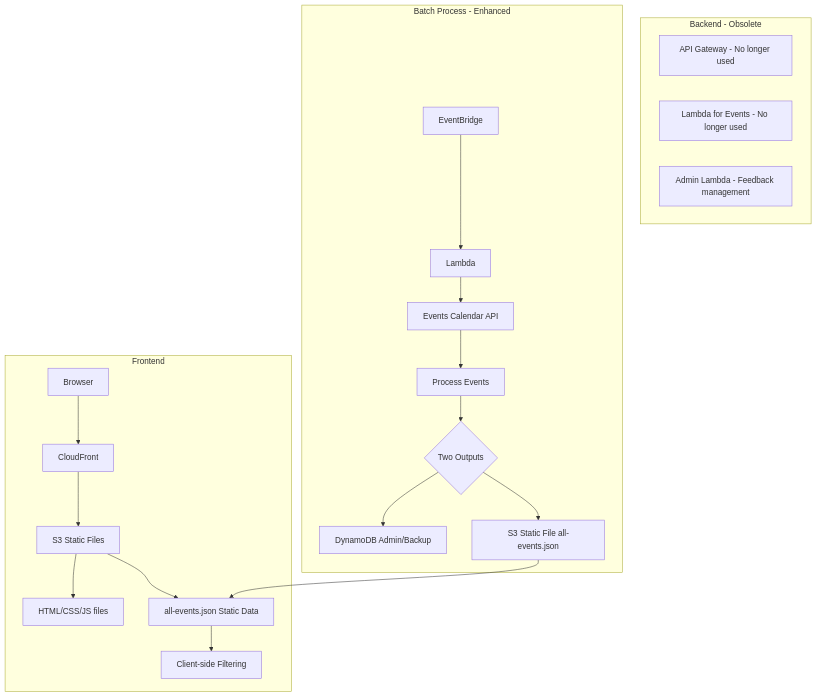
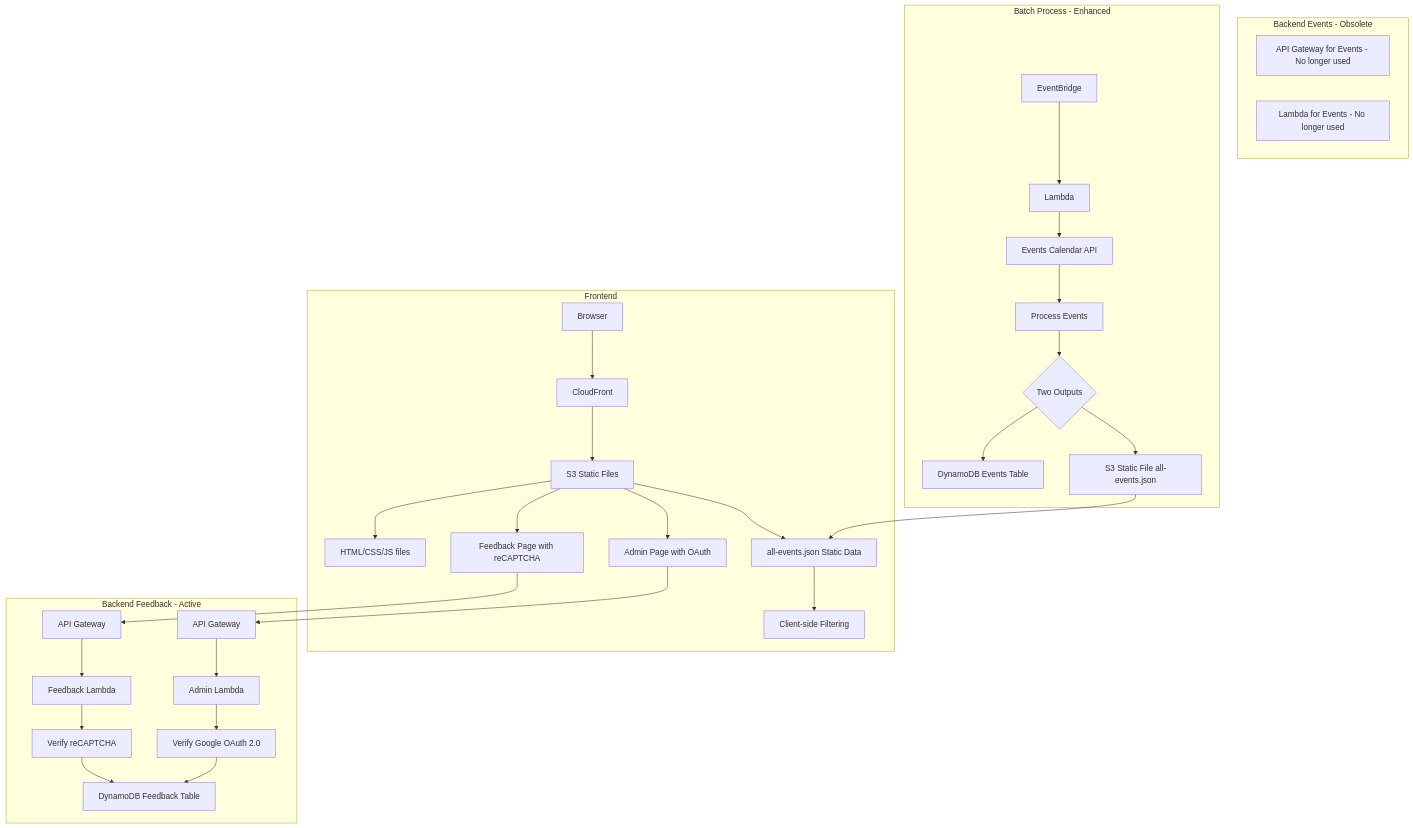
One commit to bbernstein/chq-calendar changed the fifth of 8 diagrams in docs/DEVELOPMENT_HISTORY.md. Above: the diagram before and after it, drawn with Mermaid. The commit also changed other lines of this file, not shown here.

First line of the commit message:
Add comprehensive feedback system documentation to development history

````diff
--- a/docs/DEVELOPMENT_HISTORY.md
+++ b/docs/DEVELOPMENT_HISTORY.md
@@ -135,26 +148,38 @@
 ```mermaid
 graph TB
     subgraph Frontend5[Frontend]
         Browser5[Browser] --> CF5[CloudFront]
         CF5 --> S3Static[S3 Static Files]
         S3Static --> HTMLFiles[HTML/CSS/JS files]
         S3Static --> EventsJSON[all-events.json Static Data]
+        S3Static --> FeedbackPage5[Feedback Page with reCAPTCHA]
+        S3Static --> AdminPage5[Admin Page with OAuth]
         EventsJSON --> ClientFilter5[Client-side Filtering]
     end
 
-    subgraph BackendObsolete[Backend - Obsolete]
-        ObsoleteAPI[API Gateway - No longer used]
+    subgraph BackendEvents[Backend Events - Obsolete]
+        ObsoleteAPI[API Gateway for Events - No longer used]
         ObsoleteLambda[Lambda for Events - No longer used]
-        AdminLambda[Admin Lambda - Feedback management]
+    end
+
+    subgraph BackendFeedback[Backend Feedback - Active]
+        FeedbackPage5 --> APIGW5Feedback[API Gateway]
+        AdminPage5 --> APIGW5Admin[API Gateway]
+        APIGW5Feedback --> Lambda9Feedback[Feedback Lambda]
+        APIGW5Admin --> Lambda9Admin[Admin Lambda]
+        Lambda9Feedback --> VerifyRecaptcha5[Verify reCAPTCHA]
+        Lambda9Admin --> VerifyOAuth5[Verify Google OAuth 2.0]
+        VerifyRecaptcha5 --> DDBFeedback5[DynamoDB Feedback Table]
+        VerifyOAuth5 --> DDBFeedback5
     end
 
     subgraph BatchProcessEnhanced[Batch Process - Enhanced]
-        Schedule5[EventBridge] --> Lambda9[Lambda]
-        Lambda9 --> EventsAPI5[Events Calendar API]
+        Schedule5[EventBridge] --> Lambda10[Lambda]
+        Lambda10 --> EventsAPI5[Events Calendar API]
         EventsAPI5 --> Process5[Process Events]
         Process5 --> TwoOutputs{Two Outputs}
-        TwoOutputs --> DDB6[DynamoDB Admin/Backup]
+        TwoOutputs --> DDB6[DynamoDB Events Table]
         TwoOutputs --> StaticFile[S3 Static File all-events.json]
         StaticFile --> EventsJSON
     end
 ```
````
